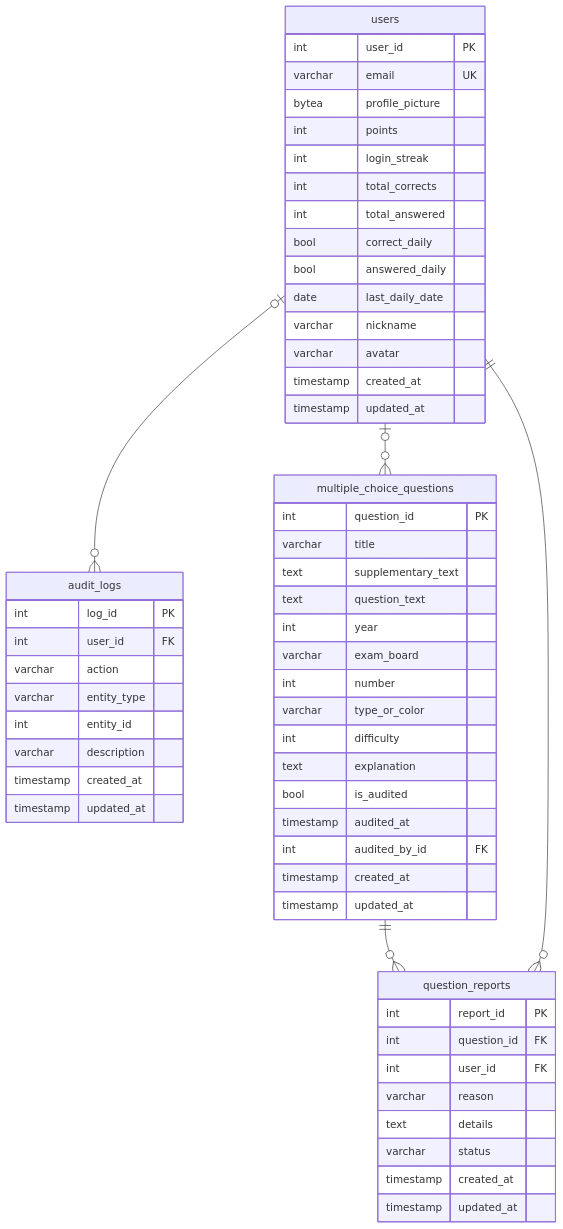
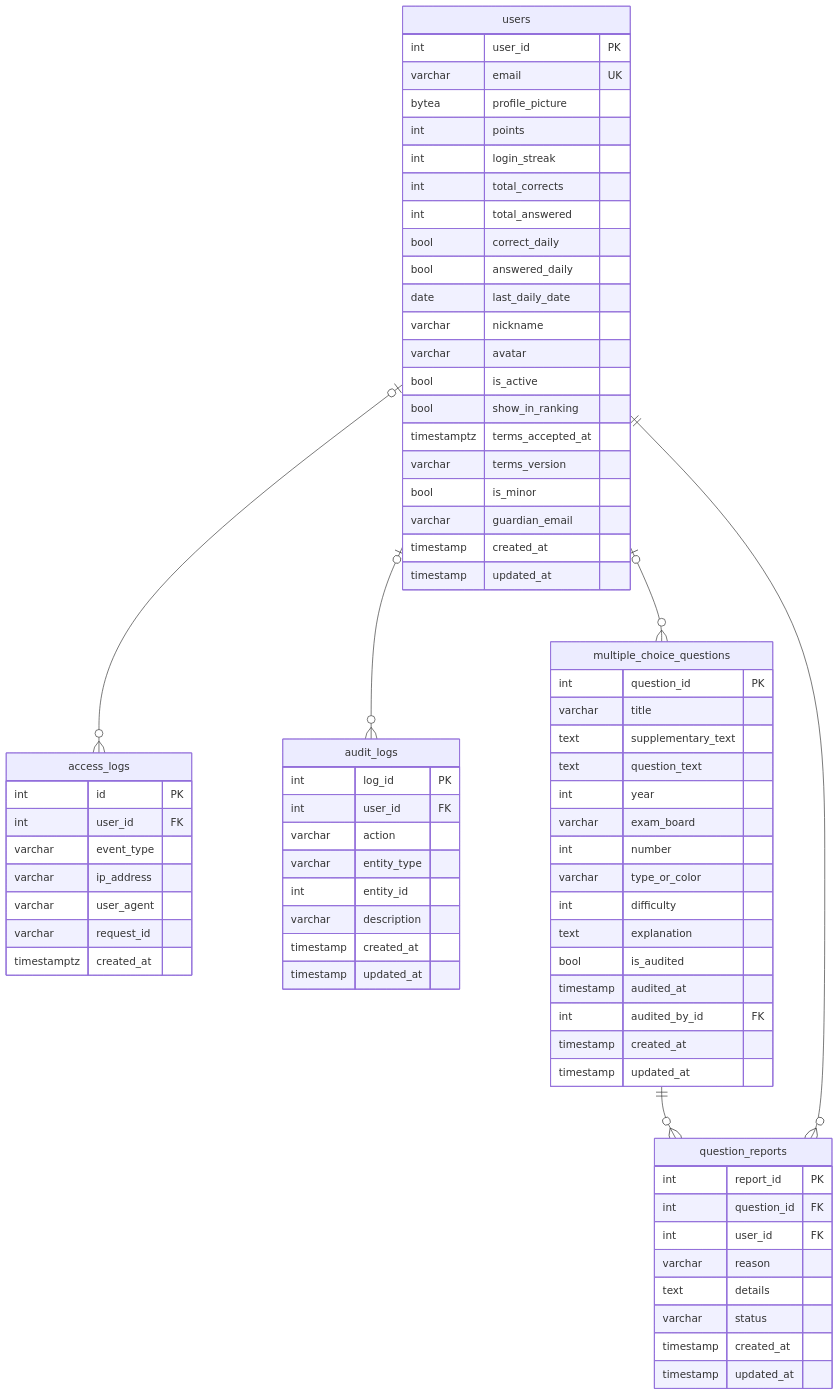
One commit to ifvest-project/ifvest-docs changed the eighth of 9 diagrams in docs/modelo-de-dados.md. Above: the diagram before and after it, drawn with Mermaid. The commit also changed other lines of this file and 23 other files, not shown here.

````diff
--- a/docs/modelo-de-dados.md
+++ b/docs/modelo-de-dados.md
@@ -458,60 +489,76 @@
 ```mermaid
 erDiagram
+    access_logs {
+        int id PK
+        int user_id FK
+        varchar event_type
+        varchar ip_address
+        varchar user_agent
+        varchar request_id
+        timestamptz created_at
+    }
     audit_logs {
         int log_id PK
         int user_id FK
         varchar action
         varchar entity_type
         int entity_id
         varchar description
         timestamp created_at
         timestamp updated_at
     }
     multiple_choice_questions {
         int question_id PK
         varchar title
         text supplementary_text
         text question_text
         int year
         varchar exam_board
         int number
         varchar type_or_color
         int difficulty
         text explanation
         bool is_audited
         timestamp audited_at
         int audited_by_id FK
         timestamp created_at
         timestamp updated_at
     }
     question_reports {
         int report_id PK
         int question_id FK
         int user_id FK
         varchar reason
         text details
         varchar status
         timestamp created_at
         timestamp updated_at
     }
     users {
         int user_id PK
         varchar email UK
         bytea profile_picture
         int points
         int login_streak
         int total_corrects
         int total_answered
         bool correct_daily
         bool answered_daily
         date last_daily_date
         varchar nickname
         varchar avatar
+        bool is_active
+        bool show_in_ranking
+        timestamptz terms_accepted_at
+        varchar terms_version
+        bool is_minor
+        varchar guardian_email
         timestamp created_at
         timestamp updated_at
     }
+    users |o--o{ access_logs : ""
     users |o--o{ audit_logs : ""
     users |o--o{ multiple_choice_questions : ""
     multiple_choice_questions ||--o{ question_reports : ""
     users ||--o{ question_reports : ""
 ```
````
